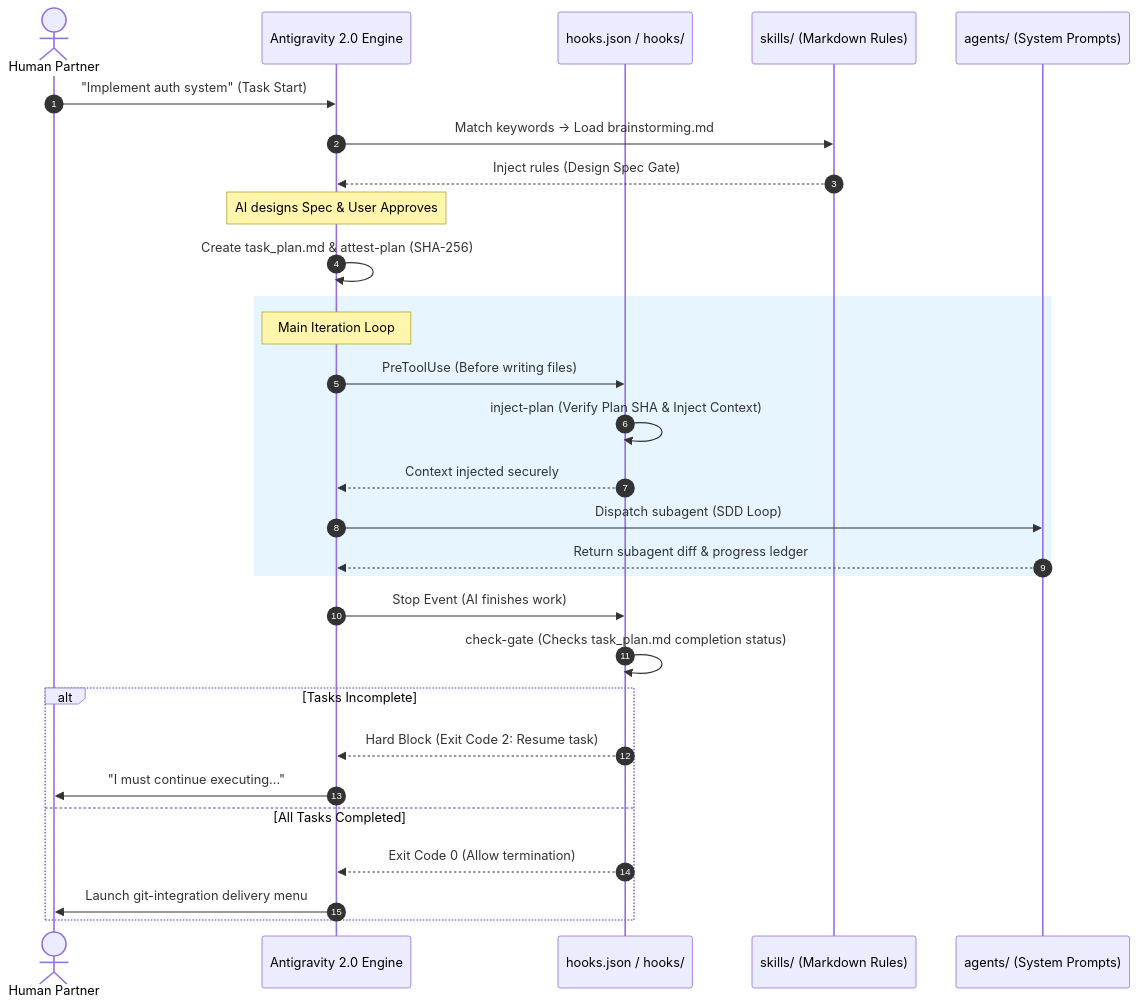
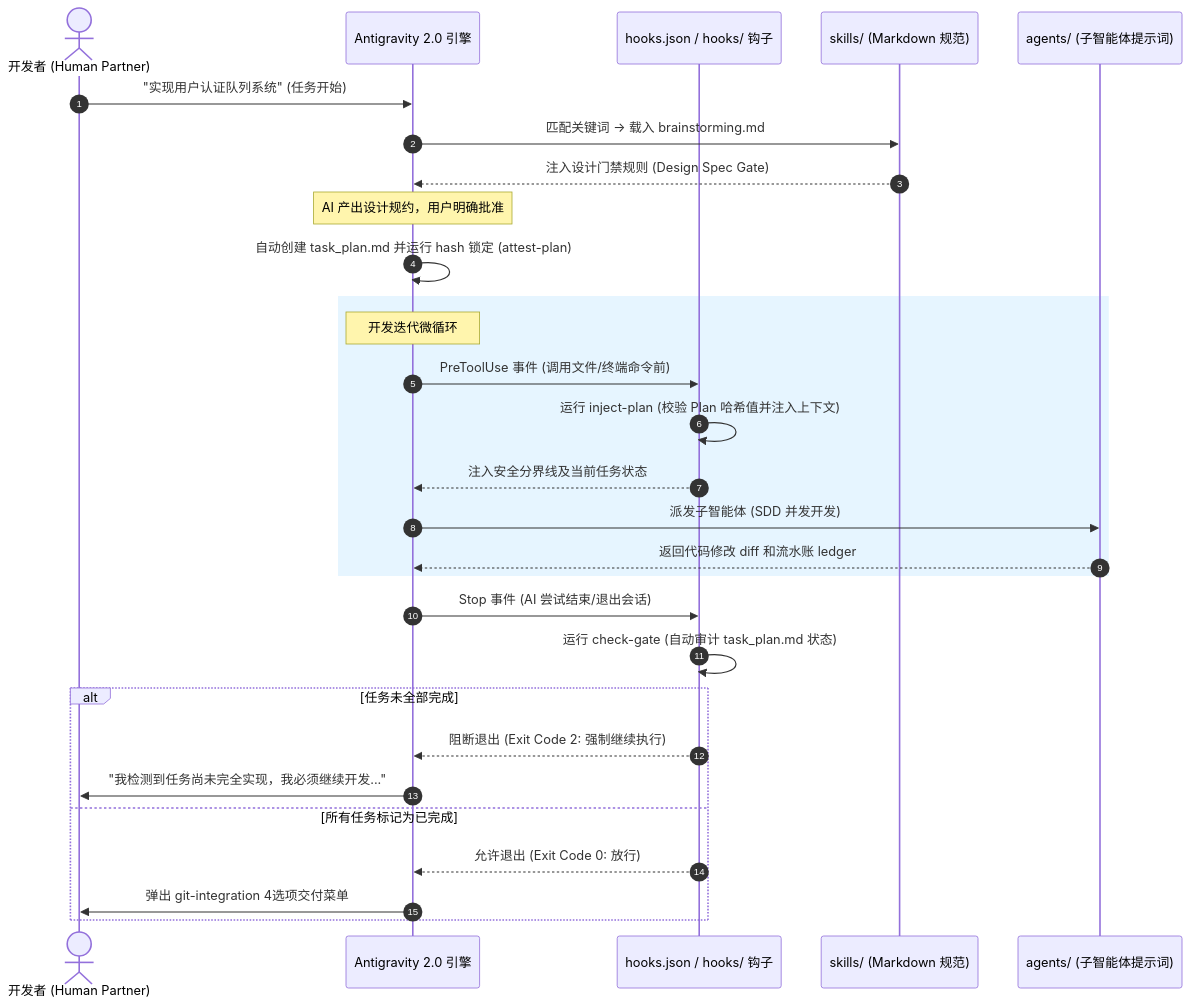
One commit to xzy1023/ai-workspace-nexus changed the diagram in docs/antigravity_nexus_guide.md. Above: the diagram before and after it, drawn with Mermaid. The commit also changed other lines of this file, not shown here.

Commit message:
docs: translate Antigravity Nexus guide to Chinese

````diff
--- a/docs/antigravity_nexus_guide.md
+++ b/docs/antigravity_nexus_guide.md
@@ -11,34 +11,34 @@
 ```mermaid
 sequenceDiagram
     autonumber
-    actor User as Human Partner
-    participant Runner as Antigravity 2.0 Engine
-    participant Hooks as hooks.json / hooks/
-    participant Skills as skills/ (Markdown Rules)
-    participant Subagents as agents/ (System Prompts)
+    actor User as 开发者 (Human Partner)
+    participant Runner as Antigravity 2.0 引擎
+    participant Hooks as hooks.json / hooks/ 钩子
+    participant Skills as skills/ (Markdown 规范)
+    participant Subagents as agents/ (子智能体提示词)
 
-    User->>Runner: "Implement auth system" (Task Start)
-    Runner->>Skills: Match keywords -> Load brainstorming.md
-    Skills-->>Runner: Inject rules (Design Spec Gate)
-    Note over Runner: AI designs Spec & User Approves
-    Runner->>Runner: Create task_plan.md & attest-plan (SHA-256)
+    User->>Runner: "实现用户认证队列系统" (任务开始)
+    Runner->>Skills: 匹配关键词 -> 载入 brainstorming.md
+    Skills-->>Runner: 注入设计门禁规则 (Design Spec Gate)
+    Note over Runner: AI 产出设计规约，用户明确批准
+    Runner->>Runner: 自动创建 task_plan.md 并运行 hash 锁定 (attest-plan)
     
     rect rgb(230, 245, 255)
-        Note over Runner: Main Iteration Loop
-        Runner->>Hooks: PreToolUse (Before writing files)
-        Hooks->>Hooks: inject-plan (Verify Plan SHA & Inject Context)
-        Hooks-->>Runner: Context injected securely
-        Runner->>Subagents: Dispatch subagent (SDD Loop)
-        Subagents-->>Runner: Return subagent diff & progress ledger
+        Note over Runner: 开发迭代微循环
+        Runner->>Hooks: PreToolUse 事件 (调用文件/终端命令前)
+        Hooks->>Hooks: 运行 inject-plan (校验 Plan 哈希值并注入上下文)
+        Hooks-->>Runner: 注入安全分界线及当前任务状态
+        Runner->>Subagents: 派发子智能体 (SDD 并发开发)
+        Subagents-->>Runner: 返回代码修改 diff 和流水账 ledger
     end
 
-    Runner->>Hooks: Stop Event (AI finishes work)
-    Hooks->>Hooks: check-gate (Checks task_plan.md completion status)
-    alt Tasks Incomplete
-        Hooks-->>Runner: Hard Block (Exit Code 2: Resume task)
-        Runner->>User: "I must continue executing..."
-    else All Tasks Completed
-        Hooks-->>Runner: Exit Code 0 (Allow termination)
-        Runner->>User: Launch git-integration delivery menu
+    Runner->>Hooks: Stop 事件 (AI 尝试结束/退出会话)
+    Hooks->>Hooks: 运行 check-gate (自动审计 task_plan.md 状态)
+    alt 任务未全部完成
+        Hooks-->>Runner: 阻断退出 (Exit Code 2: 强制继续执行)
+        Runner->>User: "我检测到任务尚未完全实现，我必须继续开发..."
+    else 所有任务标记为已完成
+        Hooks-->>Runner: 允许退出 (Exit Code 0: 放行)
+        Runner->>User: 弹出 git-integration 4选项交付菜单
     end
 ```
````
